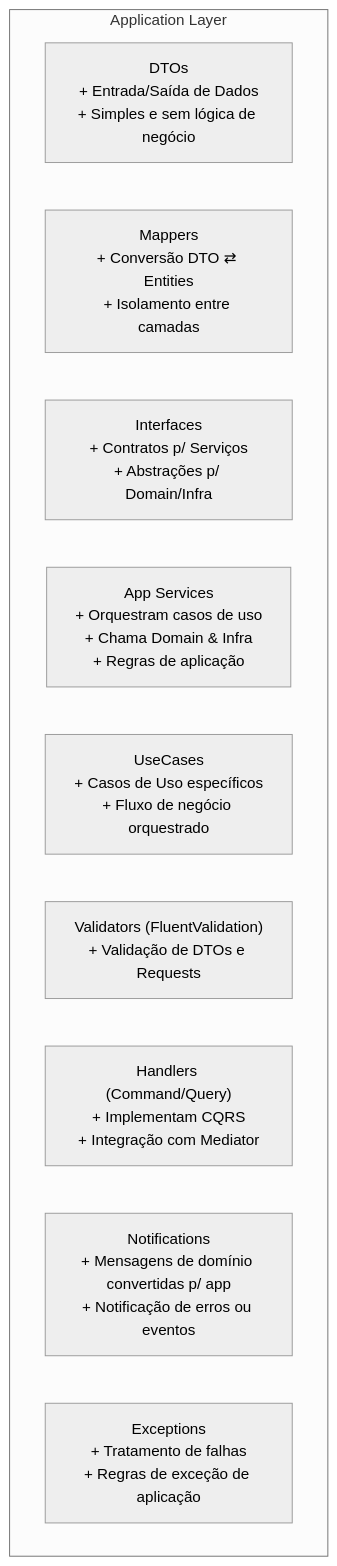
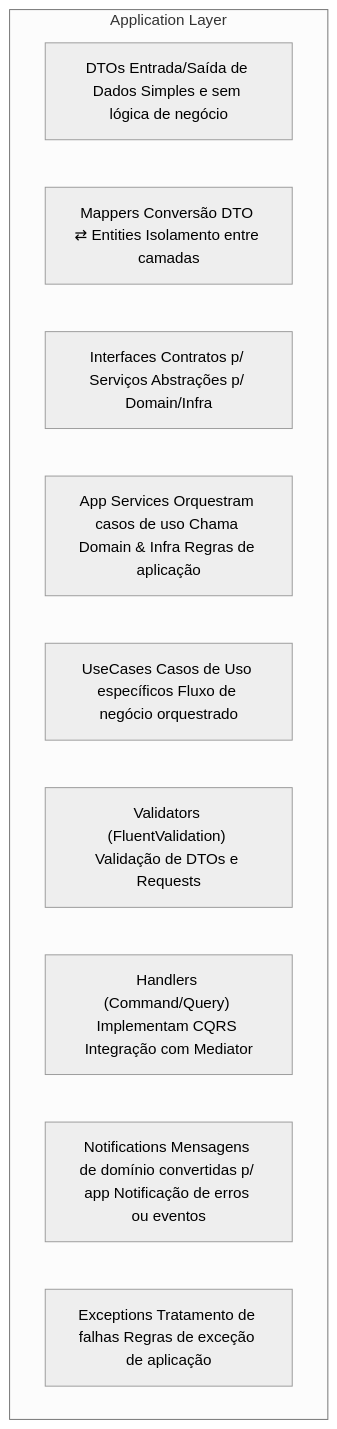
Before and after one commit to rodrigofurlaneti/FSI.Authentication.Api.BackEnd: the second of 2 diagrams in README.md, drawn with Mermaid (neutral theme). The commit also changed other lines of this file, not shown here.

````diff
--- a/README.md
+++ b/README.md
@@ -64,17 +64,17 @@
 ```mermaid
 %%{init: {"flowchart": {"htmlLabels": false}} }%%
 flowchart TB
 
   subgraph Application["Application Layer"]
-    DTOs["DTOs\n+ Entrada/Saída de Dados\n+ Simples e sem lógica de negócio"]
-    Mappers["Mappers\n+ Conversão DTO ⇄ Entities\n+ Isolamento entre camadas"]
-    Interfaces["Interfaces\n+ Contratos p/ Serviços\n+ Abstrações p/ Domain/Infra"]
-    Services["App Services\n+ Orquestram casos de uso\n+ Chama Domain & Infra\n+ Regras de aplicação"]
-    UseCases["UseCases\n+ Casos de Uso específicos\n+ Fluxo de negócio orquestrado"]
-    Validators["Validators (FluentValidation)\n+ Validação de DTOs e Requests"]
-    Handlers["Handlers (Command/Query)\n+ Implementam CQRS\n+ Integração com Mediator"]
-    Notifications["Notifications\n+ Mensagens de domínio convertidas p/ app\n+ Notificação de erros ou eventos"]
-    Exceptions["Exceptions\n+ Tratamento de falhas\n+ Regras de exceção de aplicação"]
+    DTOs["DTOs Entrada/Saída de Dados Simples e sem lógica de negócio"]
+    Mappers["Mappers Conversão DTO ⇄ Entities Isolamento entre camadas"]
+    Interfaces["Interfaces Contratos p/ Serviços Abstrações p/ Domain/Infra"]
+    Services["App Services Orquestram casos de uso Chama Domain & Infra Regras de aplicação"]
+    UseCases["UseCases Casos de Uso específicos Fluxo de negócio orquestrado"]
+    Validators["Validators (FluentValidation) Validação de DTOs e Requests"]
+    Handlers["Handlers (Command/Query) Implementam CQRS Integração com Mediator"]
+    Notifications["Notifications Mensagens de domínio convertidas p/ app Notificação de erros ou eventos"]
+    Exceptions["Exceptions Tratamento de falhas Regras de exceção de aplicação"]
   end
 
 ```
````
